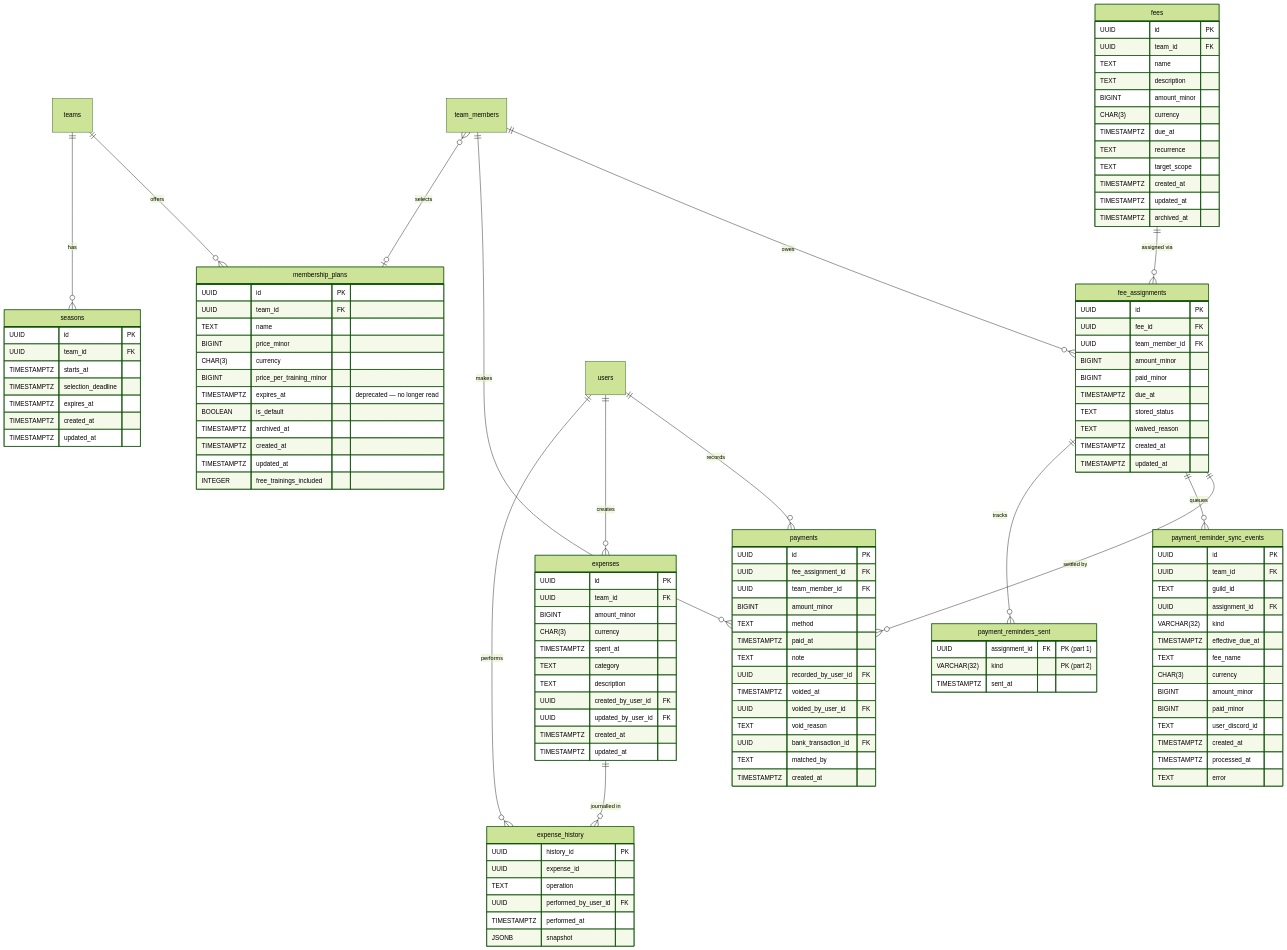
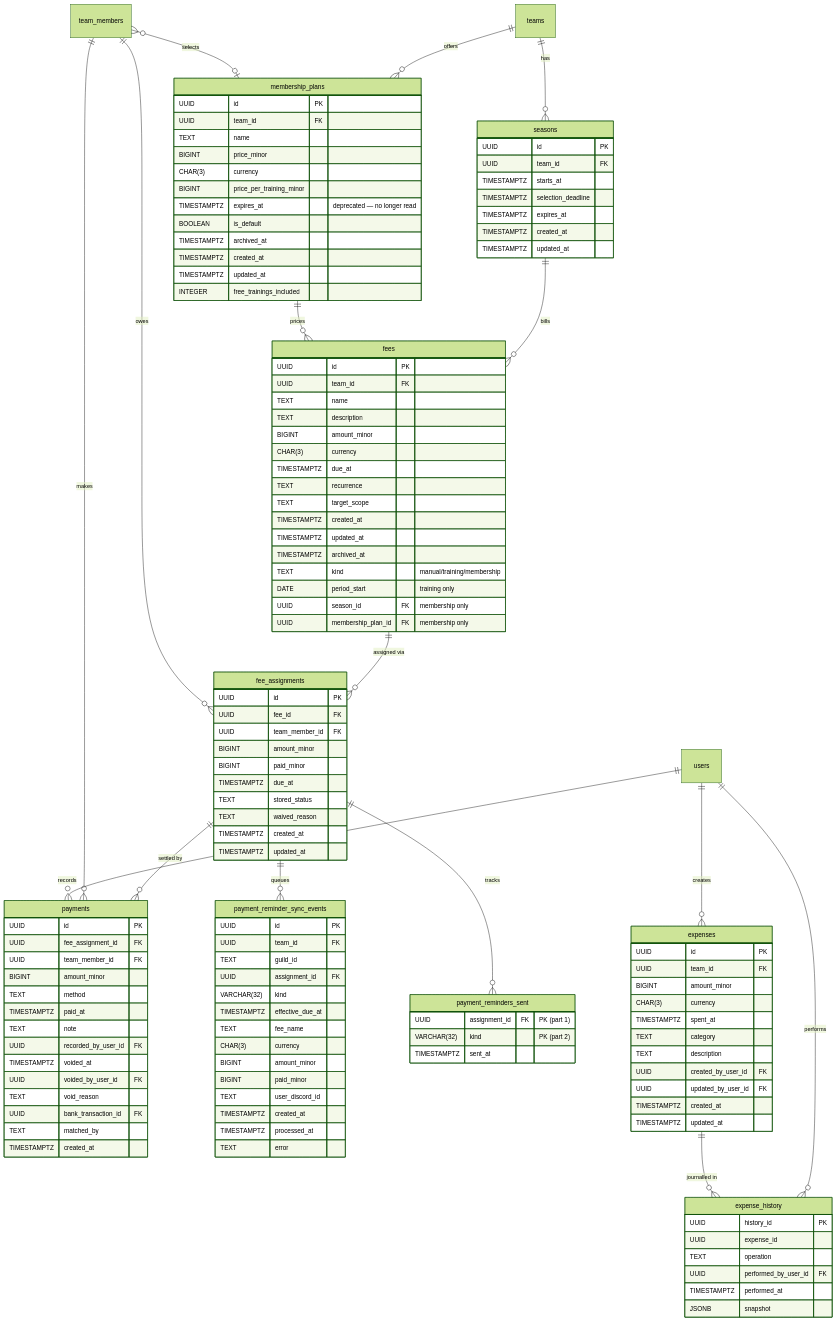
Diagram 15 of 23 in docs/thesis/er-diagram.md (sideline-cz/sideline), drawn with Mermaid (forest theme) before and after one commit. The commit also changed other lines of this file and 39 other files, not shown here.

First line of the commit message:
feat(finance): bill the membership plan price once per season

````diff
--- a/docs/thesis/er-diagram.md
+++ b/docs/thesis/er-diagram.md
@@ -1017,6 +1020,10 @@
         TIMESTAMPTZ created_at
         TIMESTAMPTZ updated_at
         TIMESTAMPTZ archived_at
+        TEXT kind "manual/training/membership"
+        DATE period_start "training only"
+        UUID season_id FK "membership only"
+        UUID membership_plan_id FK "membership only"
     }
 
     fee_assignments {
@@ -1108,4 +1115,6 @@
     teams ||--o{ membership_plans : "offers"
     team_members }o--o| membership_plans : "selects"
     teams ||--o{ seasons : "has"
+    seasons ||--o{ fees : "bills"
+    membership_plans ||--o{ fees : "prices"
 ```
````
